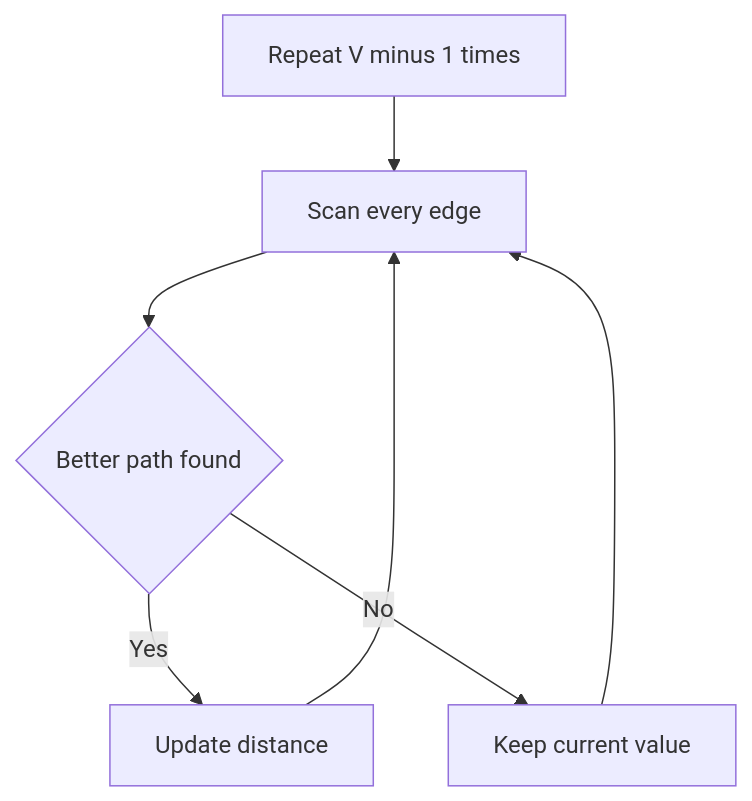
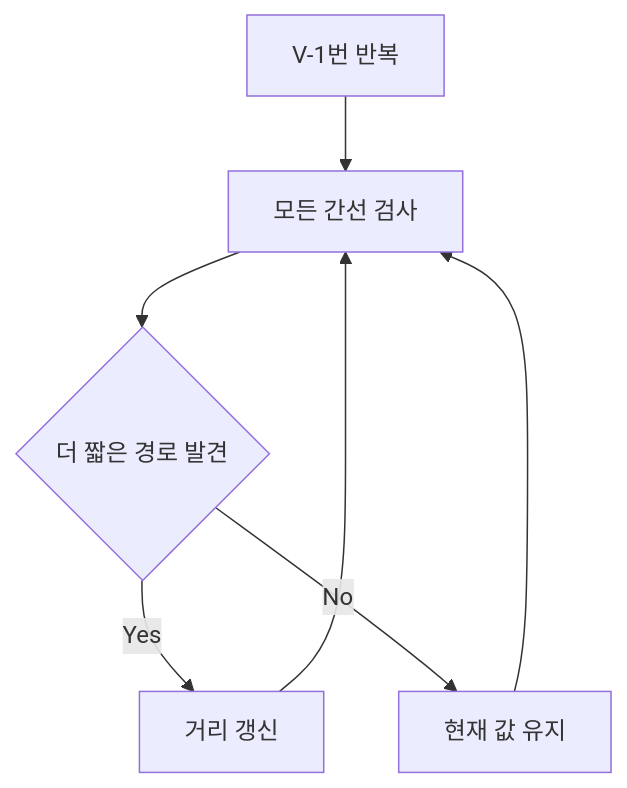
Before and after one commit to mandoobox/mandoobox.github.io: the first of 3 diagrams in _posts/algorithm/2026-03-07-bellman-ford.md, drawn with Mermaid. The commit also changed other lines of this file and 24 other files, not shown here.

Commit message:
feat: mermaid kr

````diff
--- a/_posts/algorithm/2026-03-07-bellman-ford.md
+++ b/_posts/algorithm/2026-03-07-bellman-ford.md
@@ -54,9 +54,9 @@
 ```mermaid
 flowchart TD
-    A["Repeat V minus 1 times"] --> B["Scan every edge"]
-    B --> C{"Better path found"}
-    C -->|Yes| D["Update distance"]
-    C -->|No| E["Keep current value"]
+    A["V-1번 반복"] --> B["모든 간선 검사"]
+    B --> C{"더 짧은 경로 발견"}
+    C -->|Yes| D["거리 갱신"]
+    C -->|No| E["현재 값 유지"]
     D --> B
     E --> B
 ```
````
